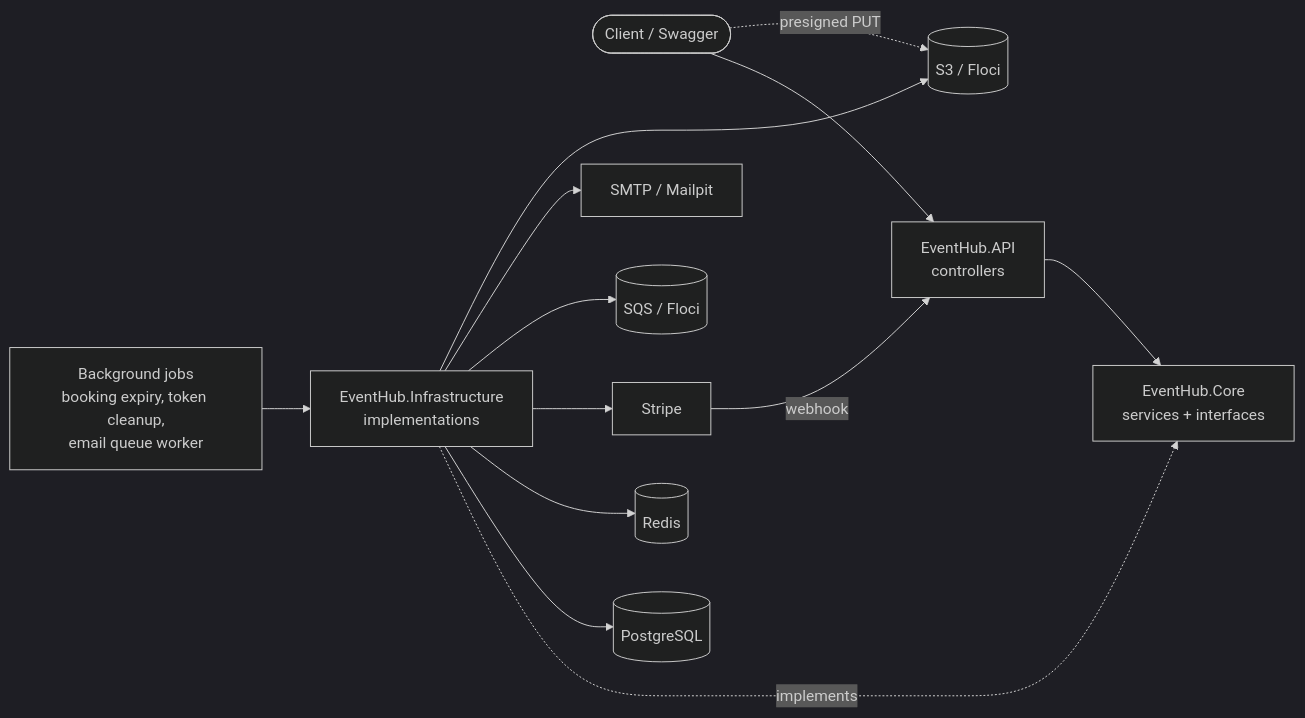
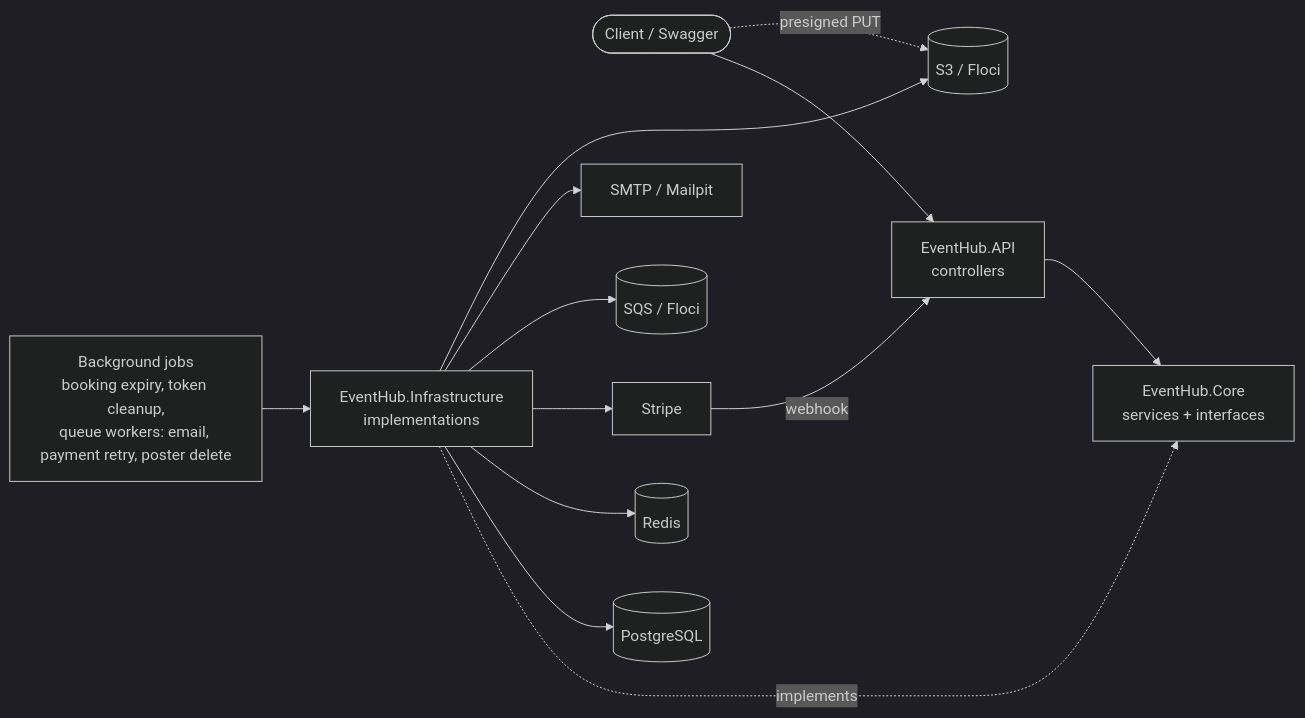
The first of 2 diagrams in README.md (nguyen-duong-tien-phat/event-hub-DotNet), drawn with Mermaid (dark theme) before and after one commit. The commit also changed other lines of this file and 21 other files, not shown here.

First line of the commit message:
feat: retry a failed Stripe stop/refund and a failed poster delete through SQS

````diff
--- a/README.md
+++ b/README.md
@@ -48,15 +50,15 @@
 ```mermaid
 flowchart LR
     Client([Client / Swagger]) --> API[EventHub.API<br/>controllers]
     API --> Core[EventHub.Core<br/>services + interfaces]
     Infra[EventHub.Infrastructure<br/>implementations] -. implements .-> Core
     Infra --> PG[(PostgreSQL)]
     Infra --> Redis[(Redis)]
     Infra --> Stripe[Stripe]
     Infra --> SQS[(SQS / Floci)]
     Infra --> SMTP[SMTP / Mailpit]
     Infra --> S3[(S3 / Floci)]
     Client -. presigned PUT .-> S3
     Stripe -- webhook --> API
-    Jobs[Background jobs<br/>booking expiry, token cleanup,<br/>email queue worker] --> Infra
+    Jobs[Background jobs<br/>booking expiry, token cleanup,<br/>queue workers: email, payment retry, poster delete] --> Infra
 ```
````
